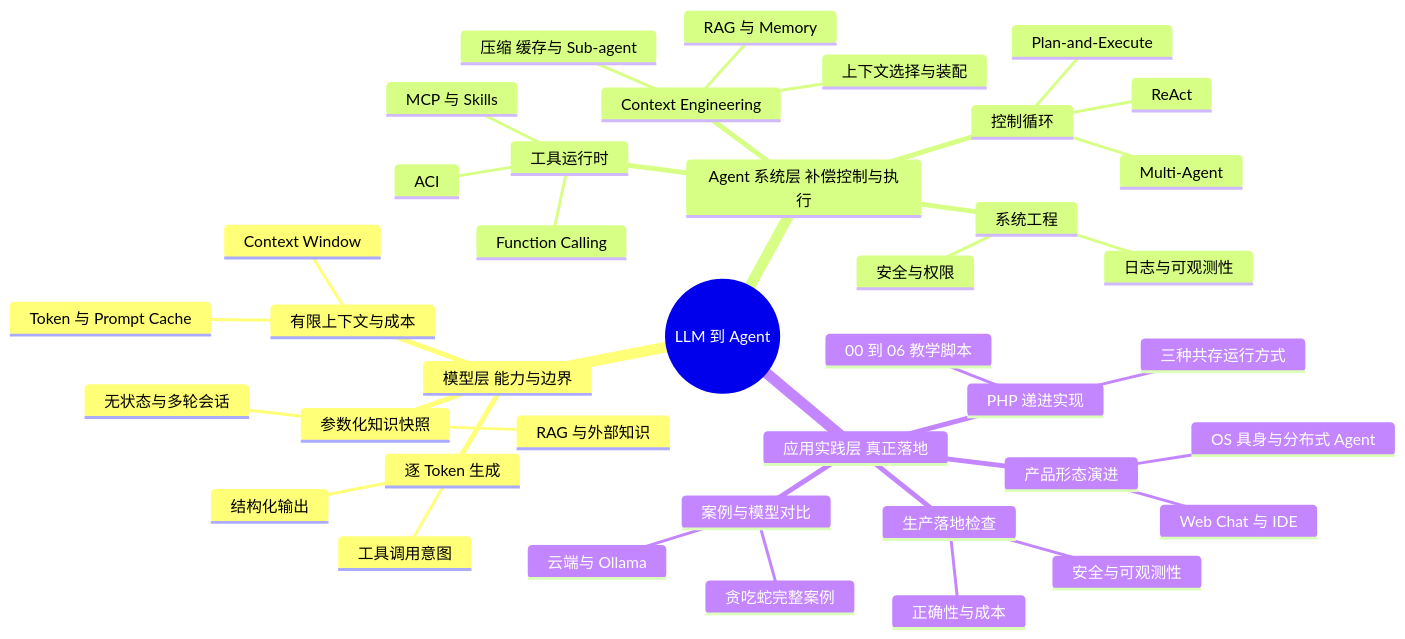
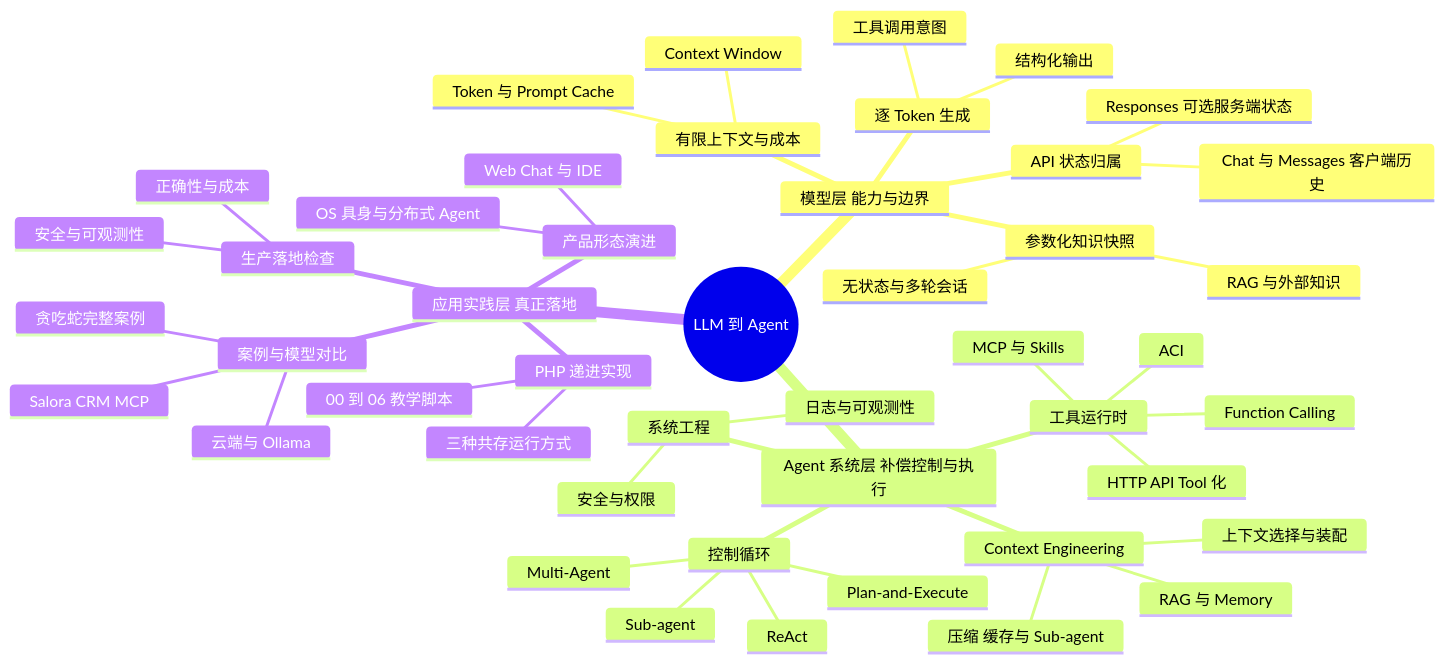
One commit to liamChen-lb/my-agent changed the first of 15 diagrams in docs/llm-agent-sharing.md. Above: the diagram before and after it, drawn with Mermaid. The commit also changed other lines of this file and 12 other files, not shown here.

First line of the commit message:
feat: add sub-agent and HTTP MCP integration

````diff
--- a/docs/llm-agent-sharing.md
+++ b/docs/llm-agent-sharing.md
@@ -11,43 +11,49 @@
 ```mermaid
 mindmap
   root((LLM 到 Agent))
     模型层 能力与边界
       参数化知识快照
         RAG 与外部知识
         无状态与多轮会话
       逐 Token 生成
         结构化输出
         工具调用意图
       有限上下文与成本
         Context Window
         Token 与 Prompt Cache
+      API 状态归属
+        Chat 与 Messages 客户端历史
+        Responses 可选服务端状态
     Agent 系统层 补偿控制与执行
       Context Engineering
         上下文选择与装配
         RAG 与 Memory
         压缩 缓存与 Sub-agent
       工具运行时
         Function Calling
         MCP 与 Skills
+        HTTP API Tool 化
         ACI
       控制循环
         ReAct
         Plan-and-Execute
+        Sub-agent
         Multi-Agent
       系统工程
         安全与权限
         日志与可观测性
     应用实践层 真正落地
       产品形态演进
         Web Chat 与 IDE
         OS 具身与分布式 Agent
       PHP 递进实现
         00 到 06 教学脚本
         三种共存运行方式
       案例与模型对比
         贪吃蛇完整案例
+        Salora CRM MCP
         云端与 Ollama
       生产落地检查
         正确性与成本
         安全与可观测性
 ```
````
